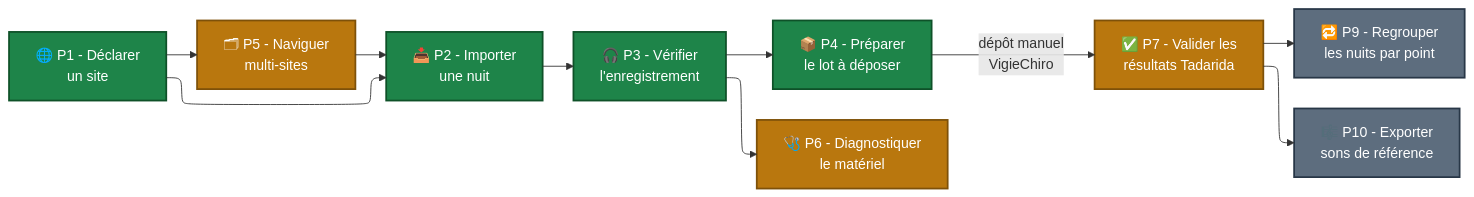
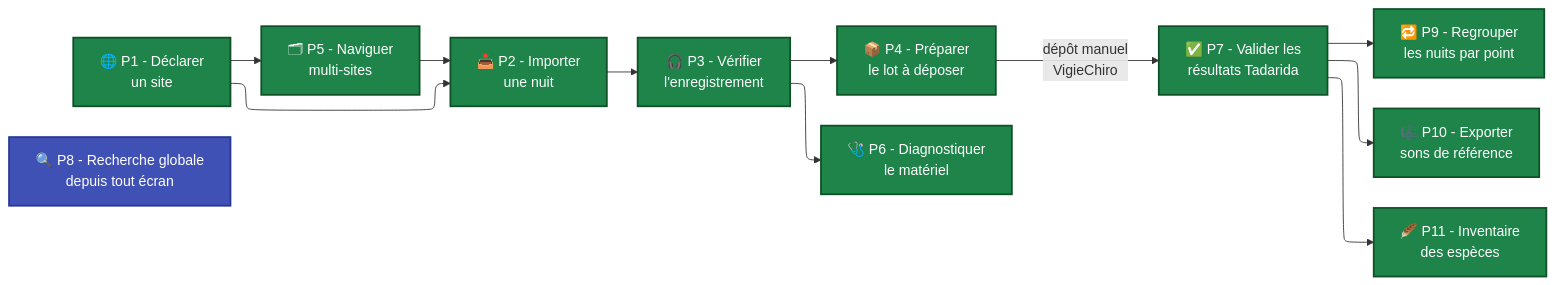
Before and after one commit to IUTInfoAix-S201/brief: the diagram in docs/Analyse et conception/Parcours utilisateurs/index.md, drawn with Mermaid. The commit also changed other lines of this file and 13 other files, not shown here.

````diff
--- a/docs/Analyse et conception/Parcours utilisateurs/index.md
+++ b/docs/Analyse et conception/Parcours utilisateurs/index.md
@@ -15,22 +16,23 @@
 ```mermaid
 %%{init: {"flowchart": {"defaultRenderer": "elk"}, "themeCSS": ".nodeLabel, .nodeLabel p, .nodeLabel span { color: #fff !important; fill: #fff !important; }"}}%%
 flowchart LR
     P1[🌐 P1 - Déclarer<br/>un site] --> P2[📥 P2 - Importer<br/>une nuit]
     P2 --> P3[🎧 P3 - Vérifier<br/>l'enregistrement]
     P3 --> P4[📦 P4 - Préparer<br/>le lot à déposer]
     P4 -->|dépôt manuel<br/>VigieChiro| P7[✅ P7 - Valider les<br/>résultats Tadarida]
 
     P1 --> P5[🗂 P5 - Naviguer<br/>multi-sites]
     P5 --> P2
     P3 --> P6[🩺 P6 - Diagnostiquer<br/>le matériel]
 
     P7 --> P9[🔁 P9 - Regrouper<br/>les nuits par point]
     P7 --> P10[🎼 P10 - Exporter<br/>sons de référence]
+    P7 --> P11[🪶 P11 - Inventaire<br/>des espèces]
 
-    classDef must fill:#1e8449,stroke:#0e5128,color:#fff,stroke-width:2px
-    classDef should fill:#b9770e,stroke:#7e5109,color:#fff,stroke-width:2px
-    classDef could fill:#5d6d7e,stroke:#283747,color:#fff,stroke-width:2px
-    class P1,P2,P3,P4 must
-    class P5,P6,P7 should
-    class P9,P10 could
+    P8[🔍 P8 - Recherche globale<br/>depuis tout écran]
+
+    classDef livre fill:#1e8449,stroke:#0e5128,color:#fff,stroke-width:2px
+    classDef transverse fill:#3f51b5,stroke:#283593,color:#fff,stroke-width:2px
+    class P1,P2,P3,P4,P5,P6,P7,P9,P10,P11 livre
+    class P8 transverse
 ```
````
